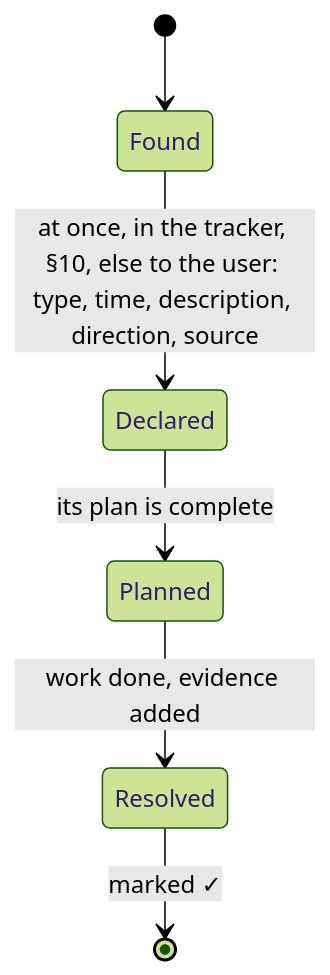
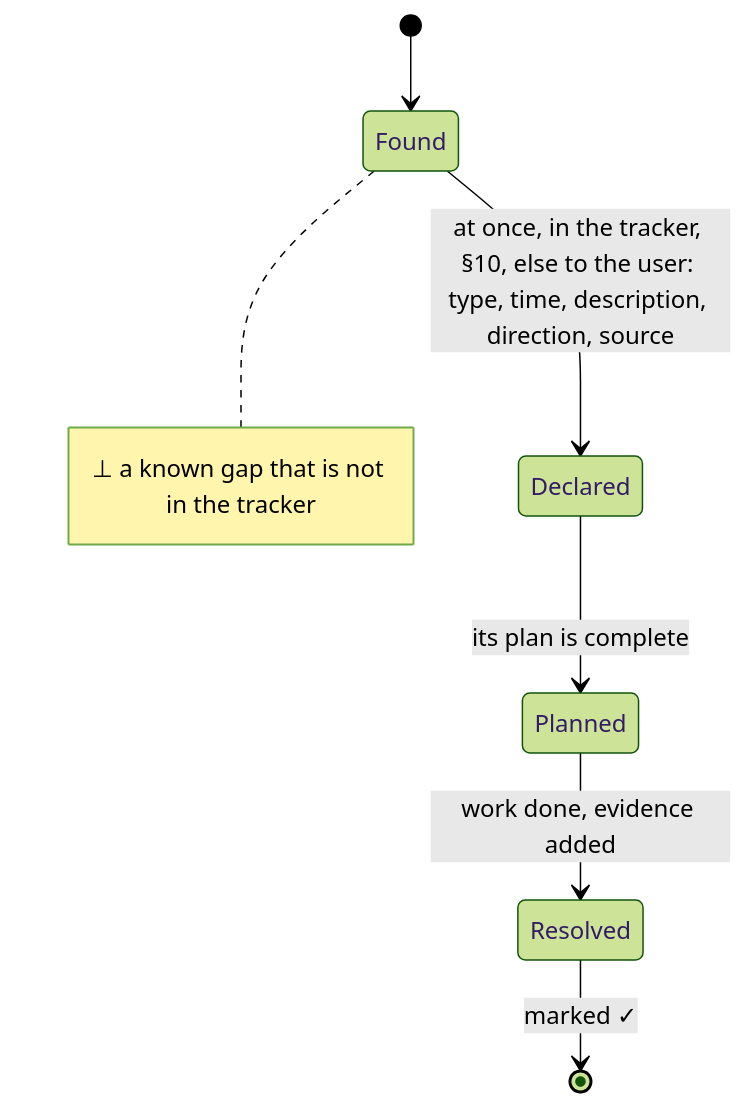
Diagram 13 of 14 in AGENTS.md (SolenixAI/arbiter), drawn with Mermaid (forest theme) before and after one commit. The commit also changed other lines of this file, not shown here.

````diff
--- a/AGENTS.md
+++ b/AGENTS.md
@@ -556,8 +595,9 @@
 ```mermaid
 stateDiagram-v2
   [*] --> Found
   Found --> Declared: at once, in the tracker, §10, else to the user: type, time, description, direction, source
   Declared --> Planned: its plan is complete
   Planned --> Resolved: work done, evidence added
   Resolved --> [*]: marked ✓
+  note right of Found : ⊥ a known gap that is not in the tracker
 ```
````
